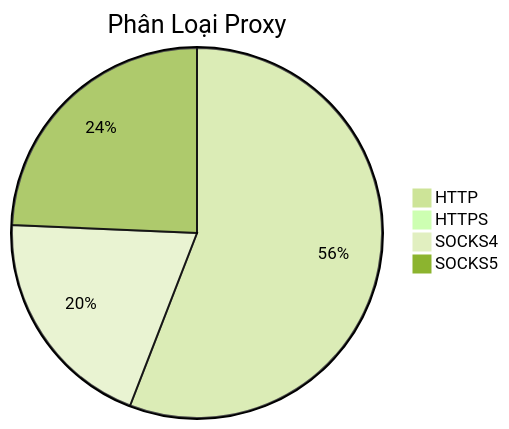
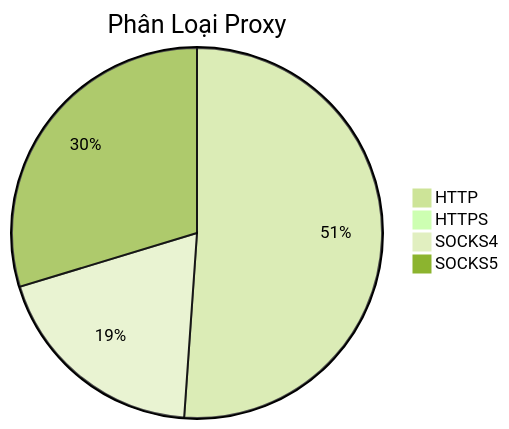
Before and after one commit to Ciara-12/PROXY-free: the diagram in README.md, drawn with Mermaid (forest theme). The commit also changed other lines of this file and 4 other files, not shown here.

````diff
--- a/README.md
+++ b/README.md
@@ -26,7 +26,7 @@
 ```mermaid
 pie title Phân Loại Proxy
-    "HTTP" : 1016
-    "HTTPS" : 0
-    "SOCKS4" : 360
-    "SOCKS5" : 442
+    "HTTP" : 947
+    "HTTPS" : 1
+    "SOCKS4" : 356
+    "SOCKS5" : 550
 ```
````
